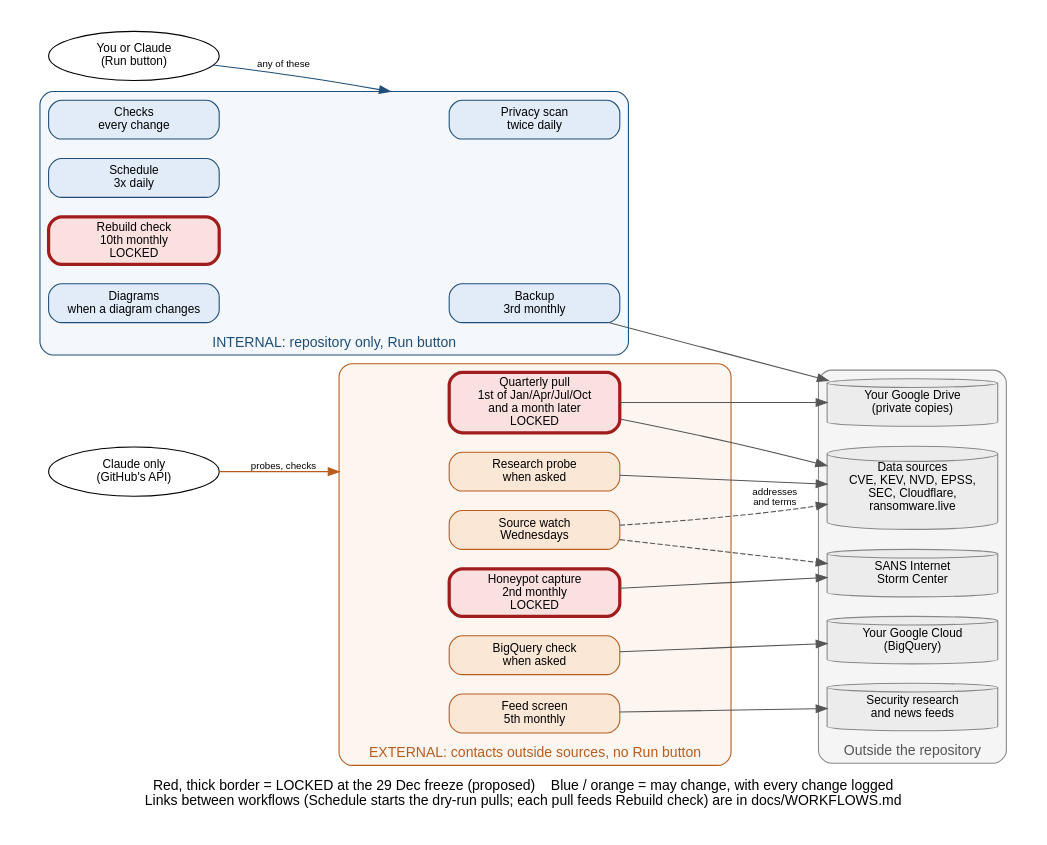
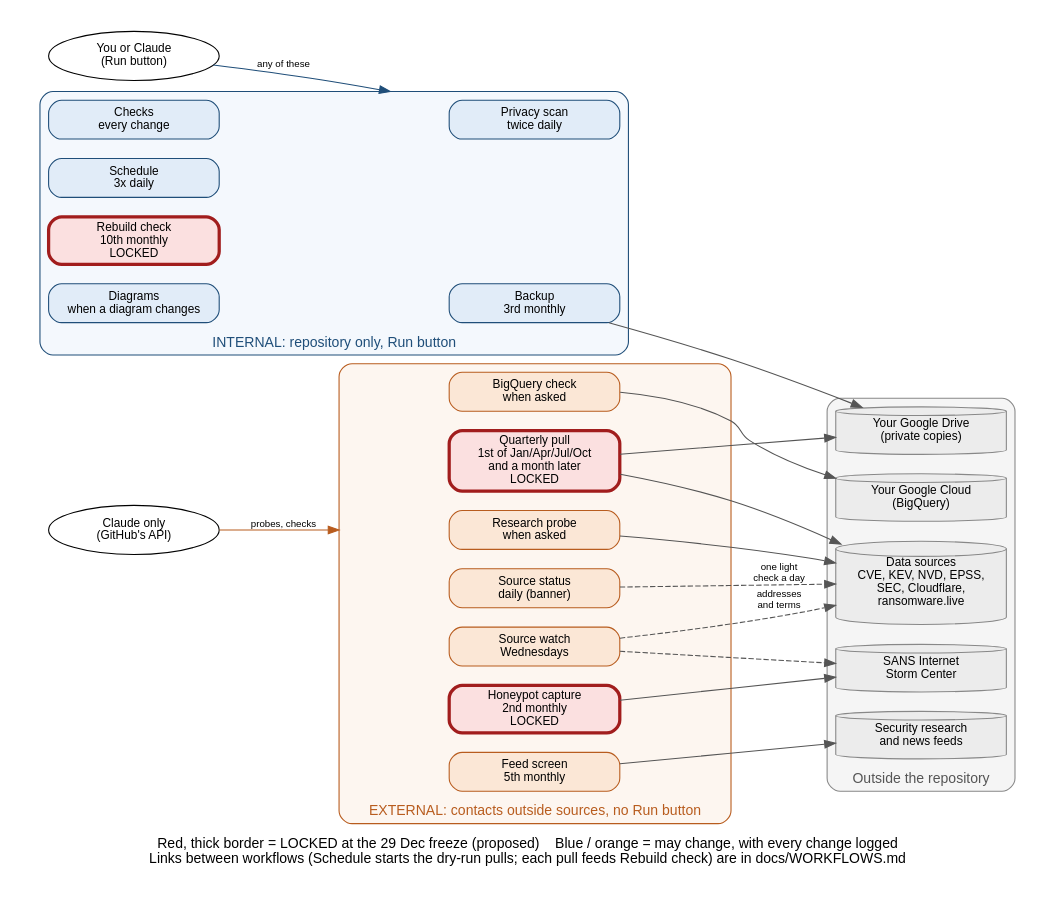
The diagram in docs/diagrams/workflow_runs.dot (pagagne/internet-security-snapshot), drawn with Graphviz before and after one commit. The commit also changed 4 other files, not shown here.

First line of the commit message:
Sync review 2 Nov: Source status in the run diagram, SOP watchdog note, diagram stamps, README APNIC row

```diff
--- a/docs/diagrams/workflow_runs.dot
+++ b/docs/diagrams/workflow_runs.dot
@@ -1,53 +1,54 @@
 // Workflows: internal (Run button) vs external (API only, no button), and the proposed lock at
 // the 29 Dec 2026 freeze (decision item 22: draft lock list 14 Dec, author's review 18 Dec,
 // decided 21 Dec). Source of truth: docs/WORKFLOWS.md and docs/SOP_MANUAL_RUNS.md.
 // Render: dot -Tpng -Gdpi=150 docs/diagrams/workflow_runs.dot -o docs/diagrams/workflow_runs.png
 digraph workflows {
   graph [rankdir=LR, fontname="Helvetica", fontsize=13, nodesep=0.25, ranksep=0.7, newrank=true, compound=true, pad=0.3,
          label="Red, thick border = LOCKED at the 29 Dec freeze (proposed)    Blue / orange = may change, with every change logged\nLinks between workflows (Schedule starts the dry-run pulls; each pull feeds Rebuild check) are in docs/WORKFLOWS.md",
          labelloc=b];
   node  [fontname="Helvetica", fontsize=11, shape=box, style="rounded,filled", width=2.2];
   edge  [fontname="Helvetica", fontsize=9, color="#555555"];
 
   you    [label="You or Claude\n(Run button)", shape=oval, fillcolor="#ffffff"];
   claude [label="Claude only\n(GitHub's API)", shape=oval, fillcolor="#ffffff"];
 
   subgraph cluster_int {
     label="INTERNAL: repository only, Run button"; style="rounded,filled"; fillcolor="#f4f8fd"; color="#1f4e79"; fontcolor="#1f4e79";
     node [fillcolor="#e1ecf8", color="#1f4e79"];
     checks  [label="Checks\nevery change"];
     privacy [label="Privacy scan\ntwice daily"];
     sched   [label="Schedule\n3x daily"];
     rebuild [label="Rebuild check\n10th monthly\nLOCKED", fillcolor="#fbe0e0", color="#a11d1d", penwidth=3];
     diag    [label="Diagrams\nwhen a diagram changes"];
     backup  [label="Backup\n3rd monthly"];
   }
 
   subgraph cluster_ext {
     label="EXTERNAL: contacts outside sources, no Run button"; style="rounded,filled"; fillcolor="#fdf6f0"; color="#b85c1e"; fontcolor="#b85c1e";
     node [fillcolor="#fbe7d6", color="#b85c1e"];
     pull  [label="Quarterly pull\n1st of Jan/Apr/Jul/Oct\nand a month later\nLOCKED", fillcolor="#fbe0e0", color="#a11d1d", penwidth=3];
     honey [label="Honeypot capture\n2nd monthly\nLOCKED", fillcolor="#fbe0e0", color="#a11d1d", penwidth=3];
     probe [label="Research probe\nwhen asked"];
     bq    [label="BigQuery check\nwhen asked"];
     feeds [label="Feed screen\n5th monthly"];
     watch [label="Source watch\nWednesdays"];
+    status [label="Source status\ndaily (banner)"];
   }
 
   subgraph cluster_out {
     label="Outside the repository"; style="rounded,filled"; fillcolor="#f5f5f5"; color="#888888"; fontcolor="#555555";
     node [shape=cylinder, fillcolor="#ececec", color="#888888", style=filled];
     sources [label="Data sources\nCVE, KEV, NVD, EPSS,\nSEC, Cloudflare,\nransomware.live"];
     sans    [label="SANS Internet\nStorm Center"];
     gcp     [label="Your Google Cloud\n(BigQuery)"];
     drive   [label="Your Google Drive\n(private copies)"];
     news    [label="Security research\nand news feeds"];
   }
 
   // one column each: who starts it | the workflows | what they reach
   { rank=same; you; claude; }
     { rank=same; sources; sans; gcp; drive; news; }
   you -> privacy [lhead=cluster_int, color="#1f4e79", label="any of these"];
   claude -> probe [lhead=cluster_ext, color="#b85c1e", label="probes, checks"];
-  pull -> sources; pull -> drive; probe -> sources; honey -> sans; bq -> gcp; backup -> drive; feeds -> news; watch -> sources [style=dashed, label="addresses\nand terms"]; watch -> sans [style=dashed];
+  pull -> sources; pull -> drive; probe -> sources; honey -> sans; bq -> gcp; backup -> drive; feeds -> news; watch -> sources [style=dashed, label="addresses\nand terms"]; watch -> sans [style=dashed]; status -> sources [style=dashed, label="one light\ncheck a day"];
 }
```
